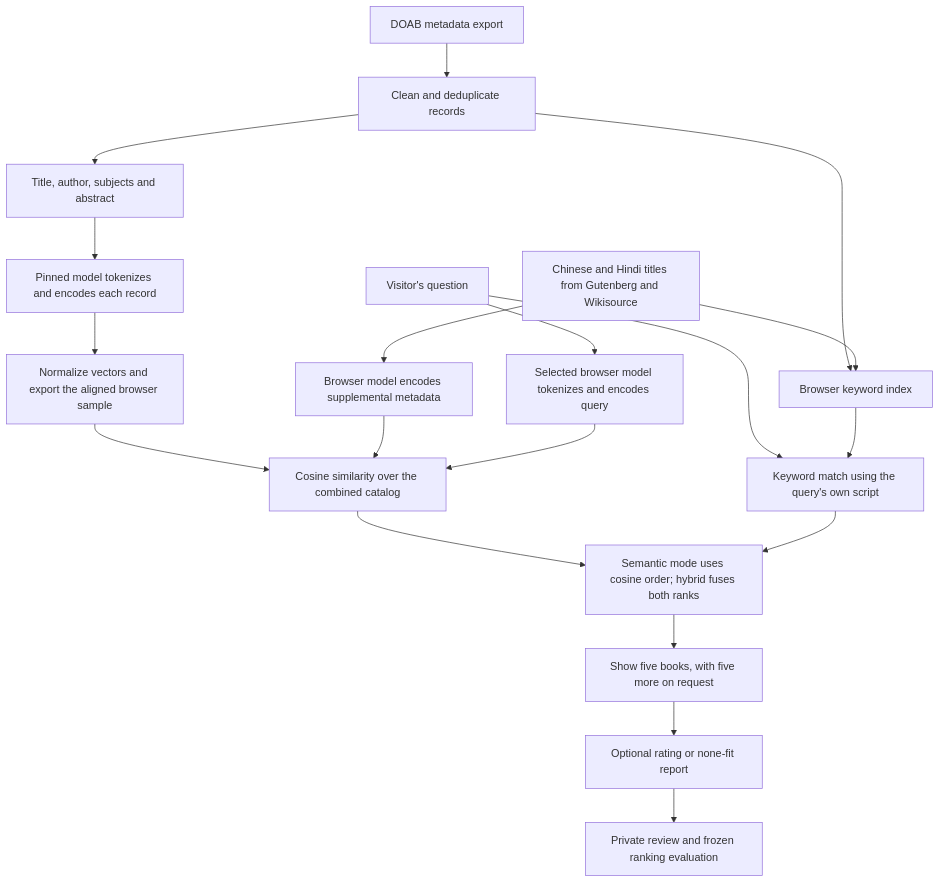
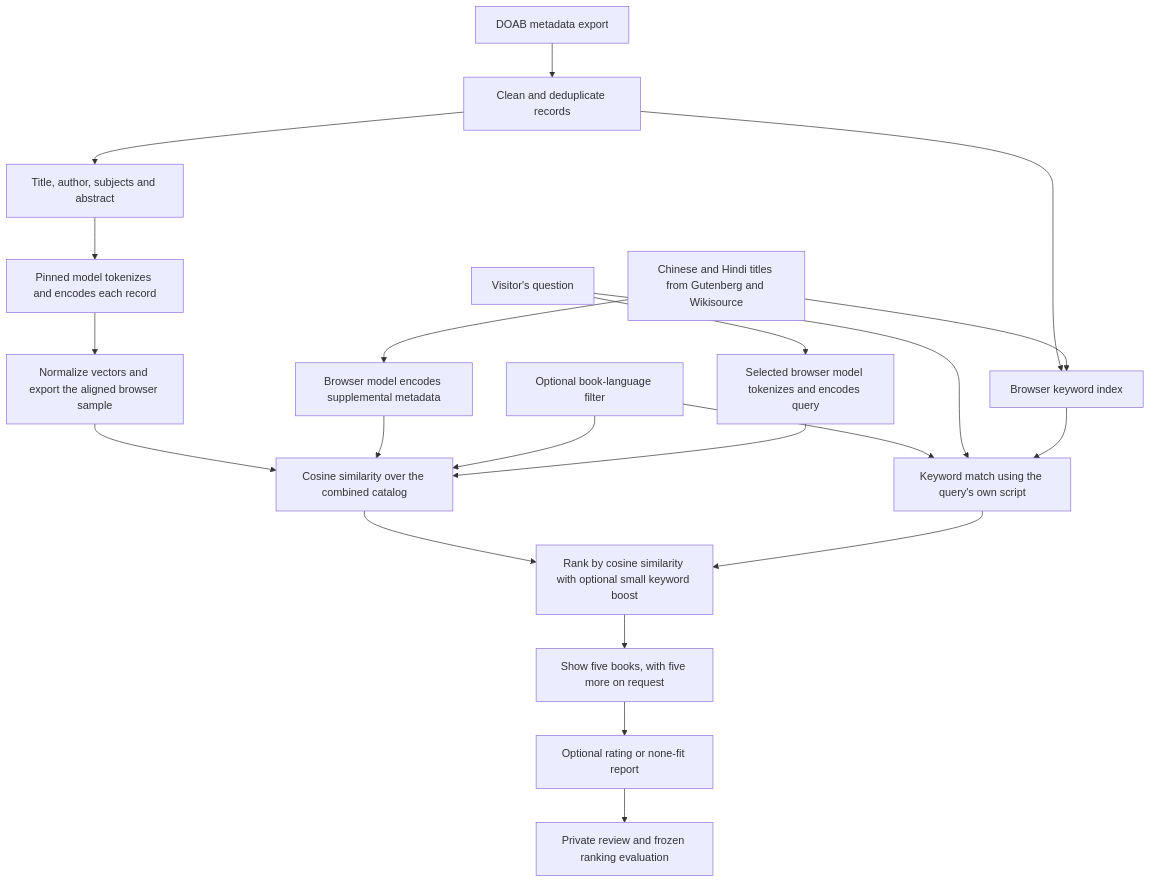
One commit to akshitashah04/Capstone changed the diagram in Documentation/Search/pipeline.md. Above: the diagram before and after it, drawn with Mermaid. The commit also changed other lines of this file and 20 other files, not shown here.

Commit message:
Make student book discovery semantic and language-aware

````diff
--- a/Documentation/Search/pipeline.md
+++ b/Documentation/Search/pipeline.md
@@ -3,21 +3,23 @@
 ```mermaid
 flowchart TD
     D["DOAB metadata export"] --> P["Clean and deduplicate records"]
     P --> T["Title, author, subjects and abstract"]
     T --> V["Pinned model tokenizes and encodes each record"]
     V --> B["Normalize vectors and export the aligned browser sample"]
     P --> L["Browser keyword index"]
     S["Chinese and Hindi titles from Gutenberg and Wikisource"] --> L
     S --> E["Browser model encodes supplemental metadata"]
     B --> C["Cosine similarity over the combined catalog"]
     E --> C
+    A["Optional book-language filter"] --> C
+    A --> K
     Q["Visitor's question"] --> QE["Selected browser model tokenizes and encodes query"]
     QE --> C
     Q --> K["Keyword match using the query's own script"]
     L --> K
-    C --> H["Semantic mode uses cosine order; hybrid fuses both ranks"]
+    C --> H["Rank by cosine similarity with optional small keyword boost"]
     K --> H
     H --> R["Show five books, with five more on request"]
     R --> F["Optional rating or none-fit report"]
     F --> G["Private review and frozen ranking evaluation"]
 ```
````
